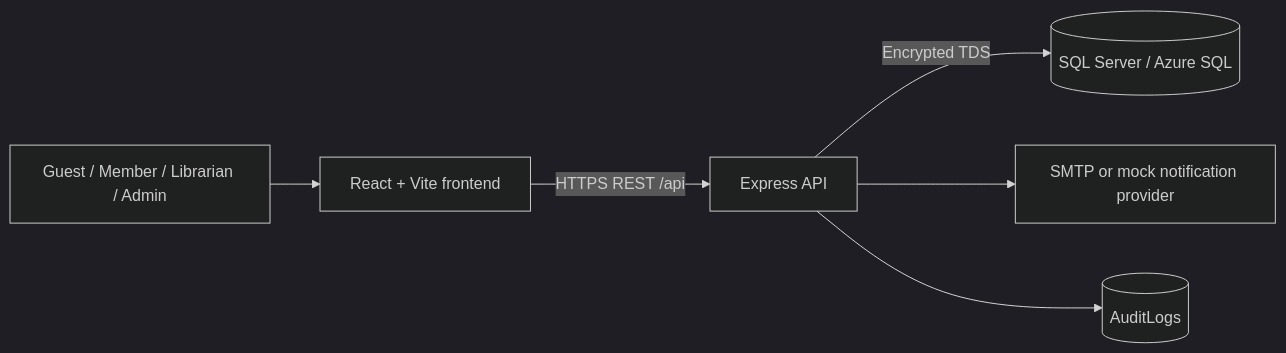
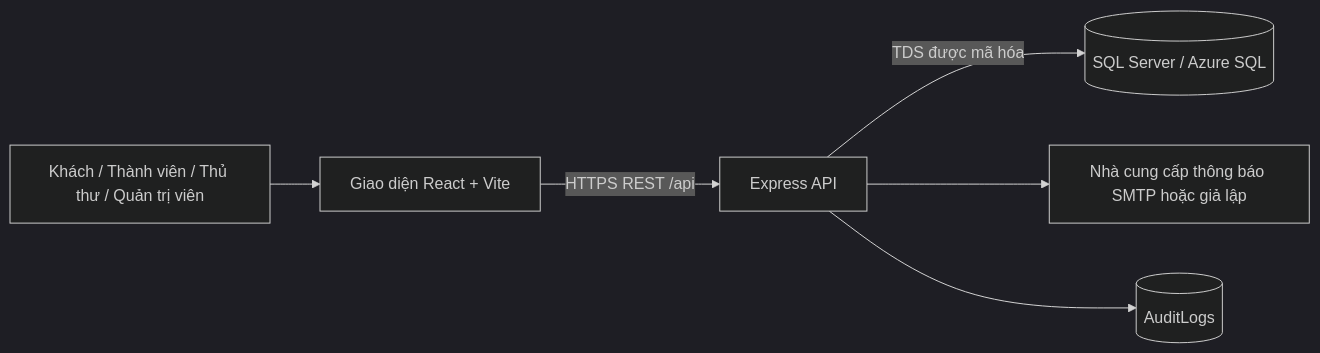
The first of 4 diagrams in docs/architecture/system-architecture.md (SWP391-LibraryManagement/LibraryManagement), drawn with Mermaid (dark theme) before and after one commit. The commit also changed other lines of this file and 9 other files, not shown here.

````diff
--- a/docs/architecture/system-architecture.md
+++ b/docs/architecture/system-architecture.md
@@ -5,8 +5,8 @@
 ```mermaid
 flowchart LR
-  U["Guest / Member / Librarian / Admin"] --> F["React + Vite frontend"]
+  U["Khách / Thành viên / Thủ thư / Quản trị viên"] --> F["Giao diện React + Vite"]
   F -->|"HTTPS REST /api"| B["Express API"]
-  B -->|"Encrypted TDS"| D[("SQL Server / Azure SQL")]
-  B --> N["SMTP or mock notification provider"]
+  B -->|"TDS được mã hóa"| D[("SQL Server / Azure SQL")]
+  B --> N["Nhà cung cấp thông báo SMTP hoặc giả lập"]
   B --> A[("AuditLogs")]
 ```
````
